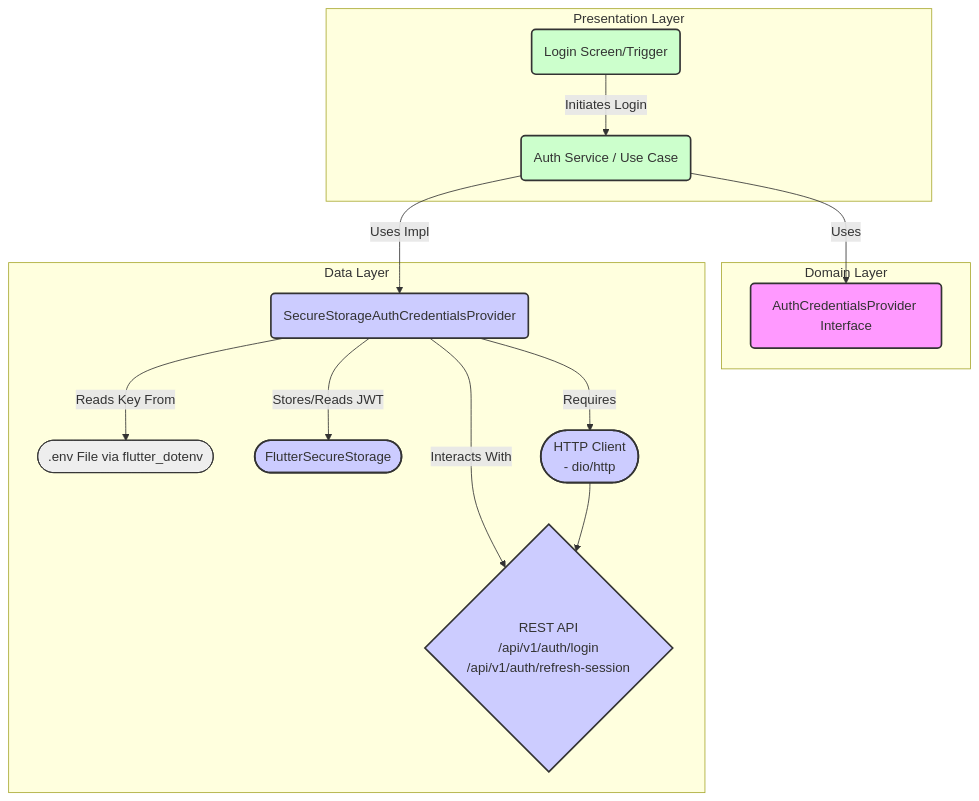
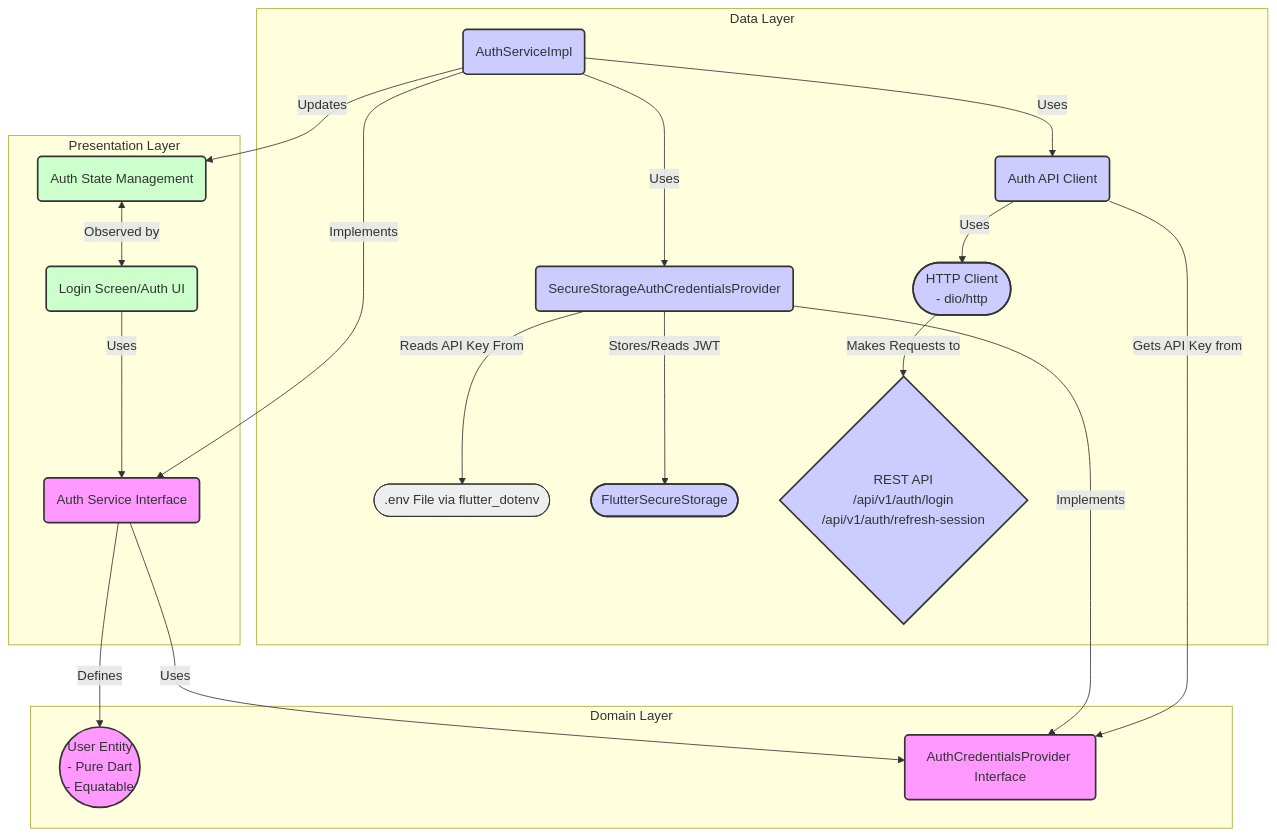
One commit to MediScribe/docjet-mobile changed the second of 3 diagrams in docs/fresh-start/architecture.md. Above: the diagram before and after it, drawn with Mermaid. The commit also changed other lines of this file, not shown here.

Commit message:
Updated architecture to include sign-in and auth flow

````diff
--- a/docs/fresh-start/architecture.md
+++ b/docs/fresh-start/architecture.md
@@ -52,31 +52,38 @@
 ```mermaid
 graph TD
     subgraph "Presentation Layer"
-        UI(Login Screen/Trigger) -->|Initiates Login| AuthService(Auth Service / Use Case)
+        UI(Login Screen/Auth UI) -->|Uses| AuthService(Auth Service Interface)
+        AuthState(Auth State Management) <-->|Observed by| UI
     end
 
     subgraph "Domain Layer"
-        AuthService -->|Uses| AuthCredProviderInterface(AuthCredentialsProvider Interface)
+        AuthService -->|Defines| User((User Entity\n- Pure Dart\n- Equatable))
+        AuthService -->|Uses| AuthCredProvider(AuthCredentialsProvider Interface)
     end
 
     subgraph "Data Layer"
-        AuthService -->|Uses Impl| AuthCredProviderImpl(SecureStorageAuthCredentialsProvider)
-        AuthCredProviderImpl -->|Reads Key From| DotEnv([.env File via flutter_dotenv])
+        AuthServiceImpl(AuthServiceImpl) -->|Implements| AuthService
+        AuthServiceImpl -->|Uses| AuthApiClient(Auth API Client)
+        AuthServiceImpl -->|Updates| AuthState
+        AuthServiceImpl -->|Uses| AuthCredProviderImpl(SecureStorageAuthCredentialsProvider)
+        
+        AuthCredProviderImpl -->|Implements| AuthCredProvider
+        AuthCredProviderImpl -->|Reads API Key From| DotEnv([.env File via flutter_dotenv])
         AuthCredProviderImpl -->|Stores/Reads JWT| SecureStorage([FlutterSecureStorage])
-        AuthCredProviderImpl -->|Interacts With| AuthAPI{REST API\n/api/v1/auth/login\n/api/v1/auth/refresh-session}
-        AuthCredProviderImpl -->|Requires| HttpClient([HTTP Client\n- dio/http])
-        HttpClient --> AuthAPI
+        
+        AuthApiClient -->|Uses| HttpClient([HTTP Client\n- dio/http])
+        AuthApiClient -->|Gets API Key from| AuthCredProvider
+        HttpClient -->|Makes Requests to| AuthAPI{REST API\n/api/v1/auth/login\n/api/v1/auth/refresh-session}
     end
 
     %% Styling
     classDef domain fill:#f9f,stroke:#333,stroke-width:2px;
     classDef data fill:#ccf,stroke:#333,stroke-width:2px;
     classDef presentation fill:#cfc,stroke:#333,stroke-width:2px;
     classDef external fill:#eee,stroke:#333,stroke-width:1px;
 
-
-    class UI,AuthService presentation;
-    class AuthCredProviderInterface domain;
-    class AuthCredProviderImpl,SecureStorage,HttpClient,AuthAPI data;
+    class UI,AuthState presentation;
+    class AuthService,User,AuthCredProvider domain;
+    class AuthServiceImpl,AuthCredProviderImpl,SecureStorage,HttpClient,AuthAPI,AuthApiClient data;
     class DotEnv external;
-``` 
+```
````
